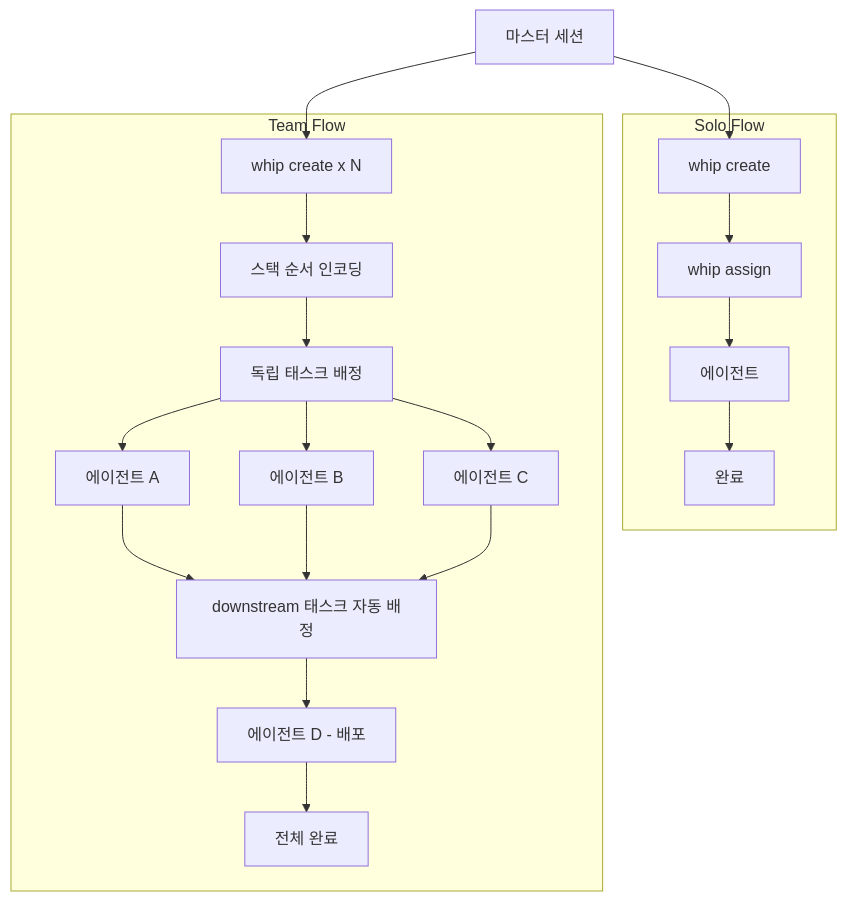
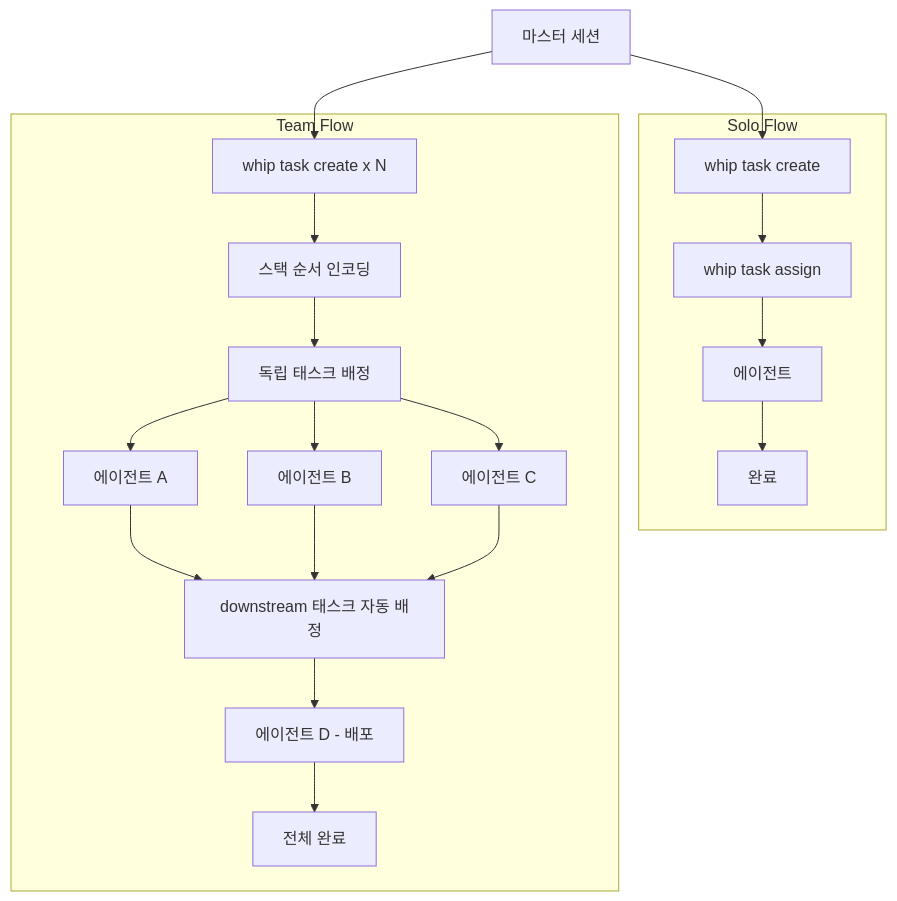
The second of 3 diagrams in whip/docs/workflow-ko.md (DongGukMon/ai-tools), drawn with Mermaid before and after one commit. The commit also changed other lines of this file and 44 other files, not shown here.

````diff
--- a/whip/docs/workflow-ko.md
+++ b/whip/docs/workflow-ko.md
@@ -284,26 +297,26 @@
 ```mermaid
 flowchart TB
     Master[마스터 세션]
 
     subgraph "Solo Flow"
-        S_Create[whip create] --> S_Assign[whip assign]
+        S_Create[whip task create] --> S_Assign[whip task assign]
         S_Assign --> S_Agent[에이전트]
         S_Agent --> S_Done[완료]
     end
 
     subgraph "Team Flow"
-        T_Create[whip create x N] --> T_Dep[스택 순서 인코딩]
+        T_Create[whip task create x N] --> T_Dep[스택 순서 인코딩]
         T_Dep --> T_Assign[독립 태스크 배정]
         T_Assign --> T_A1[에이전트 A]
         T_Assign --> T_A2[에이전트 B]
         T_Assign --> T_A3[에이전트 C]
         T_A1 --> T_Auto[downstream 태스크 자동 배정]
         T_A2 --> T_Auto
         T_A3 --> T_Auto
         T_Auto --> T_A4[에이전트 D - 배포]
         T_A4 --> T_Done[전체 완료]
     end
 
     Master --> S_Create
     Master --> T_Create
 ```
````
